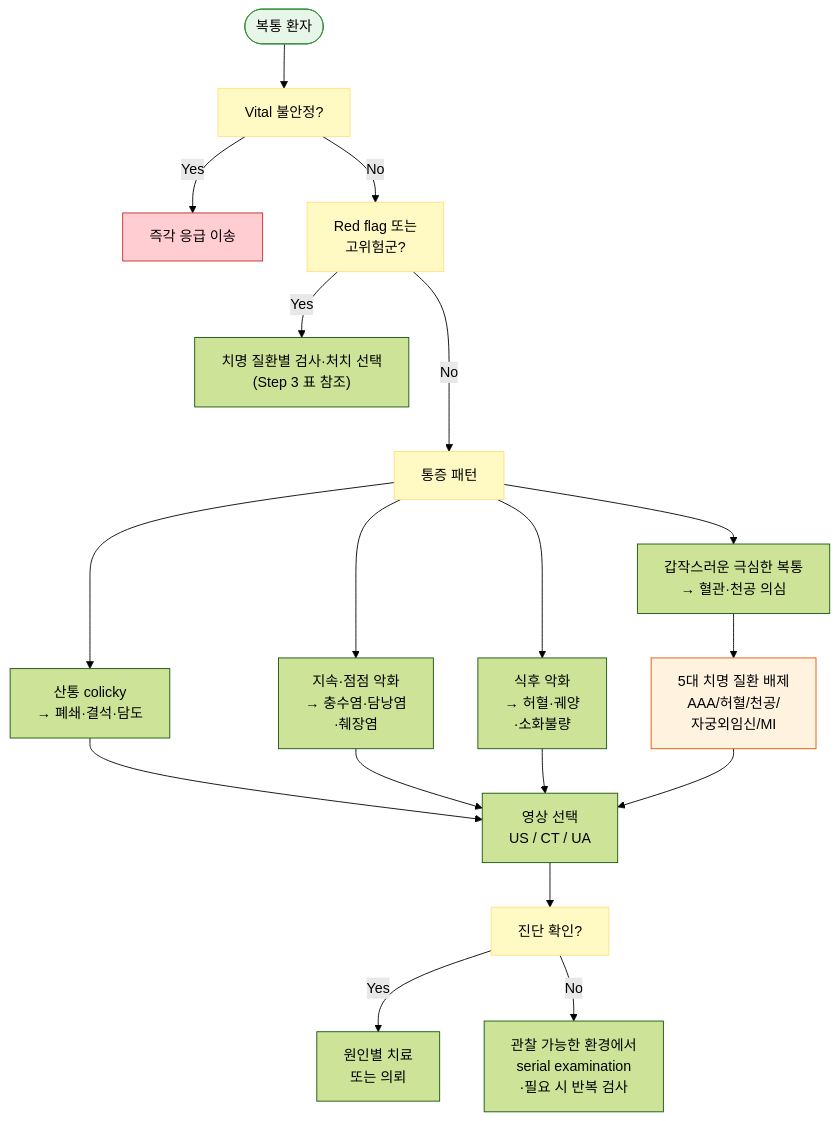
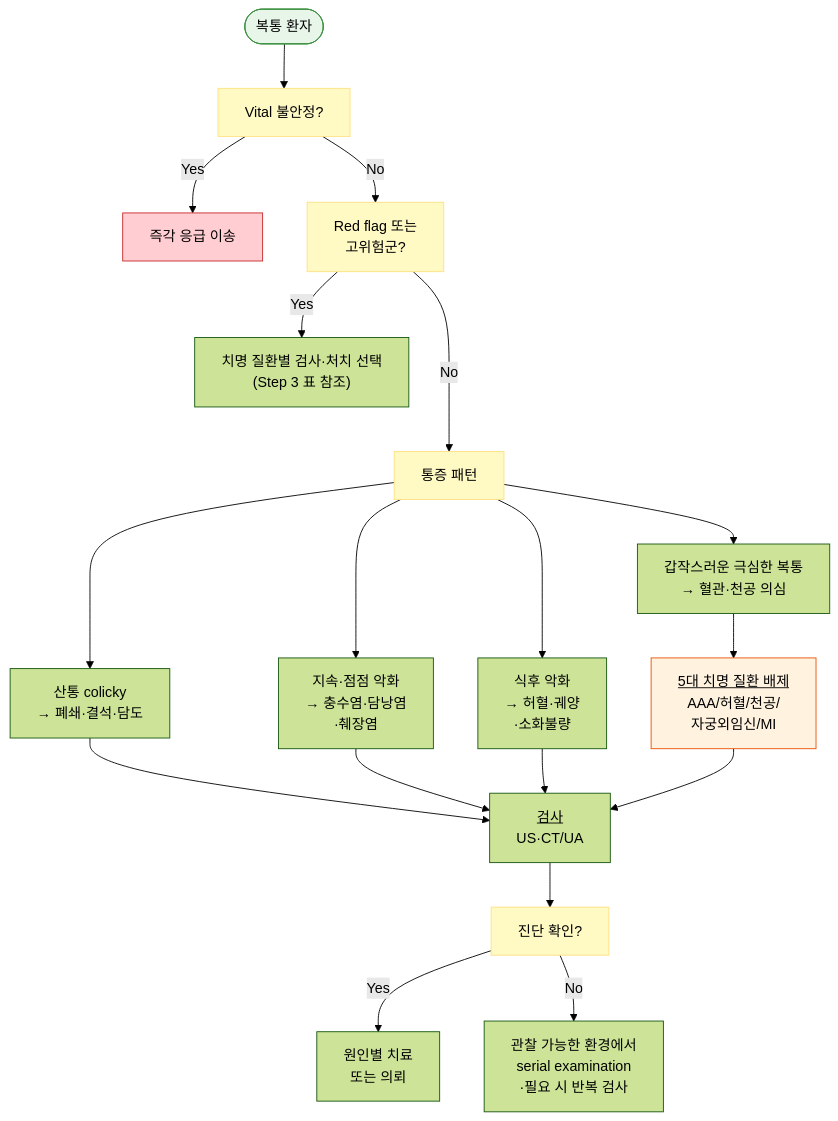
The third of 3 diagrams in 220_/003_-abdominal-pain.md (familyoh77/familyoh77), drawn with Mermaid (forest theme) before and after one commit. The commit also changed other lines of this file, not shown here.

````diff
--- a/220_/003_-abdominal-pain.md
+++ b/220_/003_-abdominal-pain.md
@@ -335,29 +366,29 @@
 ```mermaid
 graph TD
     A([복통 환자]) --> B["Vital 불안정?"]
     B -- Yes --> C[즉각 응급 이송]
     B -- No --> D["Red flag 또는 <br>고위험군?"]
     D -- Yes --> E["치명 질환별 검사·처치 선택<br>(Step 3 표 참조)"]
     D -- No ---> F["통증 패턴"]
     F --> G["갑작스러운 극심한 복통<br>→ 혈관·천공 의심"]
     F --> H["산통 colicky <br>→ 폐쇄·결석·담도"]
     F --> I["지속·점점 악화 <br>→ 충수염·담낭염<br>·췌장염"]
     F --> J["식후 악화 <br>→ 허혈·궤양<br>·소화불량"]
-    G --> K["5대 치명 질환 배제 <br>AAA/허혈/천공/<br>자궁외임신/MI"]
-    H --> L["영상 선택 <br>US / CT / UA"]
+    G --> K["<u>5대 치명 질환 배제</u> <br>AAA/허혈/천공/<br>자궁외임신/MI"]
+    H --> L["<u>검사</u> <br>US·CT/UA"]
     I --> L
     J --> L
     K --> L
     L --> M["진단 확인?"]
     M -- Yes --> N["원인별 치료 <br>또는 의뢰"]
     M -- No --> O["관찰 가능한 환경에서<br>serial examination<br>·필요 시 반복 검사"]
     classDef startNode fill:#e8f5e9,stroke:#388e3c
     class A startNode
     classDef red fill:#ffcdd2,stroke:#c62828
     class C red
     classDef orangeBox fill:#fff3e0,stroke:#e65100
     class K orangeBox
     classDef yellow fill:#fff9c4,stroke:#ffe082
     class B,D,F,M yellow
 
 ```
````
